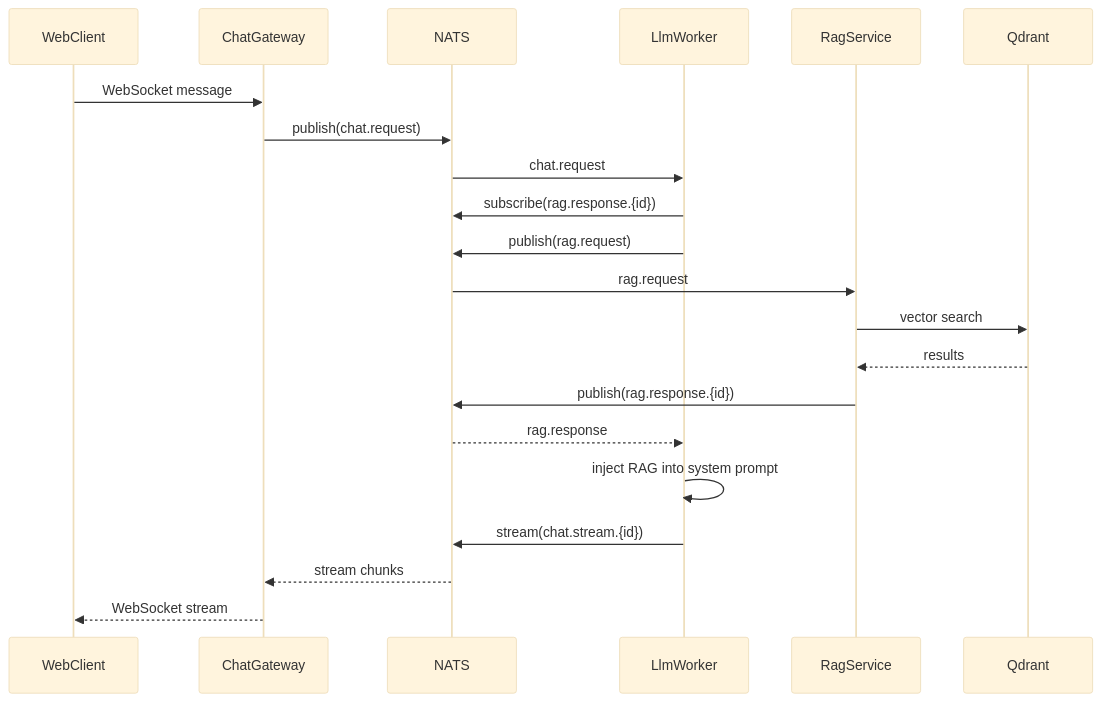
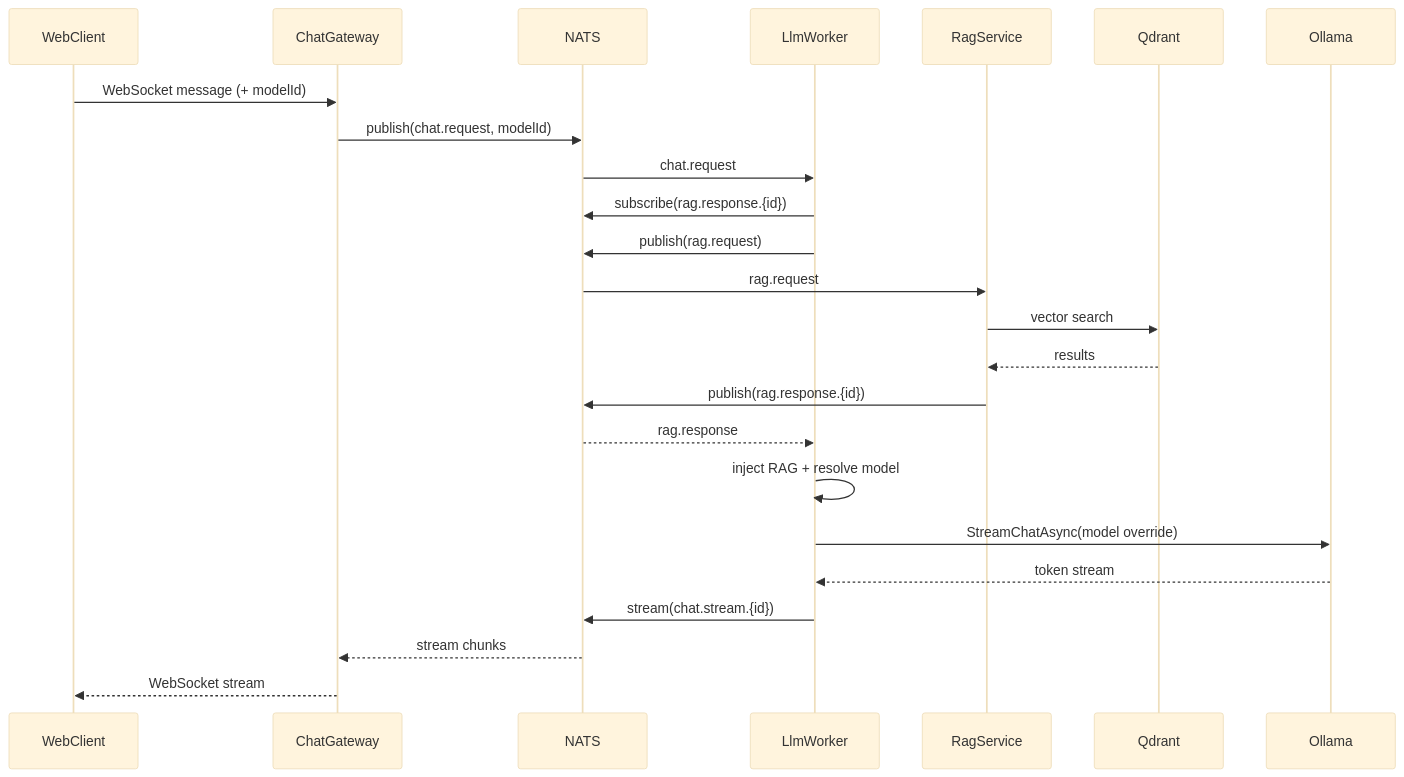
One commit to digitect38/LLM-Chat-Service changed the tenth of 10 diagrams in Plan/Fab_OnPrem_LLM_Copilot_Design_MCP_Extended.md. Above: the diagram before and after it, drawn with Mermaid (base theme). The commit also changed other lines of this file and 11 other files, not shown here.

First line of the commit message:
Add multi-model selection and user manual with RAG guide

````diff
--- a/Plan/Fab_OnPrem_LLM_Copilot_Design_MCP_Extended.md
+++ b/Plan/Fab_OnPrem_LLM_Copilot_Design_MCP_Extended.md
@@ -578,24 +584,27 @@
 ```mermaid
 sequenceDiagram
     participant Client as WebClient
     participant GW as ChatGateway
     participant NATS
     participant LLM as LlmWorker
     participant RAG as RagService
     participant QD as Qdrant
+    participant Ollama
 
-    Client->>GW: WebSocket message
-    GW->>NATS: publish(chat.request)
+    Client->>GW: WebSocket message (+ modelId)
+    GW->>NATS: publish(chat.request, modelId)
     NATS->>LLM: chat.request
     LLM->>NATS: subscribe(rag.response.{id})
     LLM->>NATS: publish(rag.request)
     NATS->>RAG: rag.request
     RAG->>QD: vector search
     QD-->>RAG: results
     RAG->>NATS: publish(rag.response.{id})
     NATS-->>LLM: rag.response
-    LLM->>LLM: inject RAG into system prompt
+    LLM->>LLM: inject RAG + resolve model
+    LLM->>Ollama: StreamChatAsync(model override)
+    Ollama-->>LLM: token stream
     LLM->>NATS: stream(chat.stream.{id})
     NATS-->>GW: stream chunks
     GW-->>Client: WebSocket stream
 ```
````
